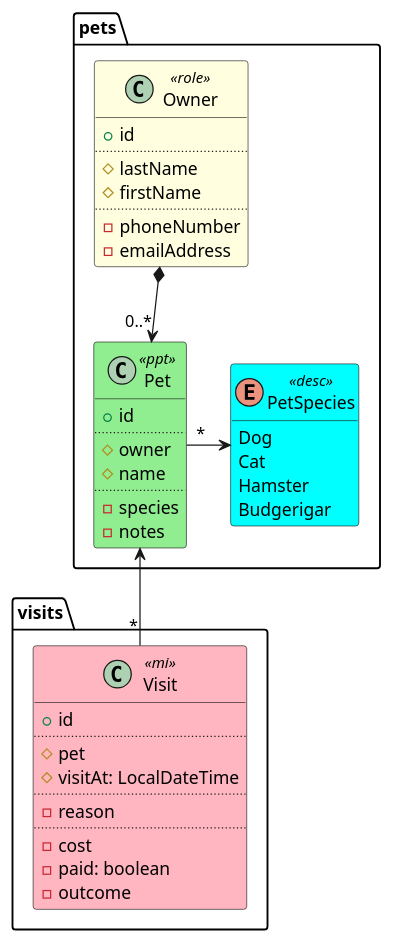
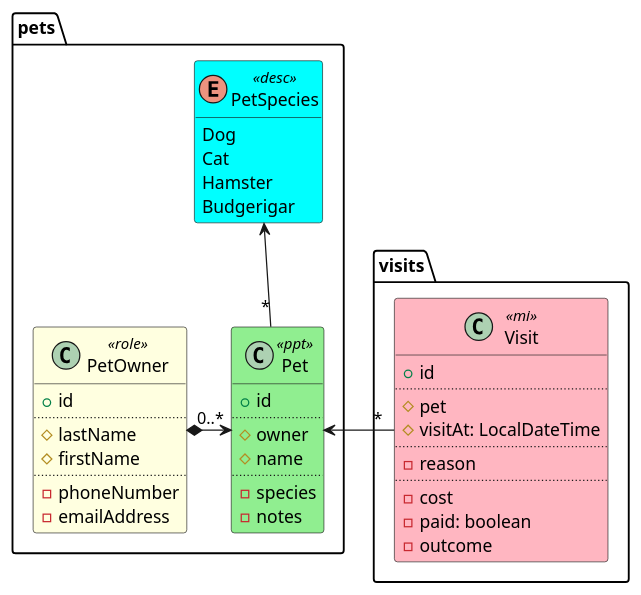
Before and after one commit to opencirclesolutions/isis: the diagram in antora/components/tutorials/modules/petclinic/pages/020-an-example-domain.adoc, drawn with PlantUML. The commit also changed other lines of this file and 3 other files, not shown here.

```diff
--- a/antora/components/tutorials/modules/petclinic/pages/020-an-example-domain.adoc
+++ b/antora/components/tutorials/modules/petclinic/pages/020-an-example-domain.adoc
@@ -11,65 +11,65 @@
 [plantuml]
 ----
 hide empty members
 hide methods
 
 skinparam class {
 	BackgroundColor<<desc>> Cyan
 	BackgroundColor<<ppt>> LightGreen
 	BackgroundColor<<mi>> LightPink
 	BackgroundColor<<role>> LightYellow
 }
 
 package pets {
 
     enum PetSpecies <<desc>> {
         Dog
         Cat
         Hamster
         Budgerigar
     }
 
     class Pet <<ppt>> {
         +id
         ..
         #owner
         #name
         ..
         -species
         -notes
     }
 
 
-    class Owner <<role>> {
+    class PetOwner <<role>> {
         +id
         ..
         #lastName
         #firstName
         ..
         -phoneNumber
         -emailAddress
     }
 }
 
 
 package visits {
 
     class Visit <<mi>> {
         +id
         ..
         #pet
         #visitAt: LocalDateTime
         ..
         -reason
         ..
         -cost
         -paid: boolean
         -outcome
     }
 }
 
 
-Owner *-down-> "0..*" Pet
-Visit "   \n*" -up->  Pet
-Pet  "*" -right--> PetSpecies
+PetOwner *-r--> "0..*" Pet
+Visit "   \n*" -r->  Pet
+Pet  "*" -u-> PetSpecies
 ----
```
